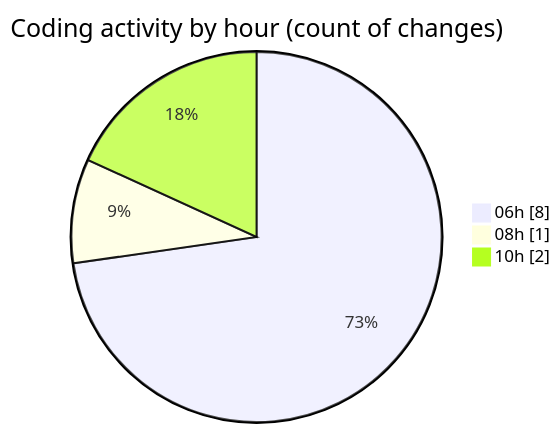
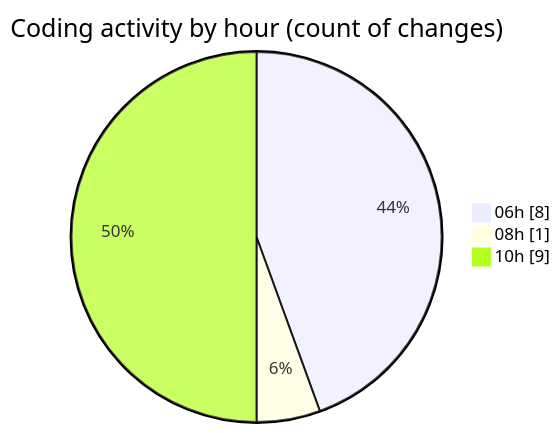
The second of 2 diagrams in 2025-10-25/ai/README.md (IJAZ3593/code-tracking), drawn with Mermaid before and after one commit. The commit also changed other lines of this file and 1 other file, not shown here.

````diff
--- a/2025-10-25/ai/README.md
+++ b/2025-10-25/ai/README.md
@@ -33,7 +38,7 @@
 ```mermaid
 pie showData
 title Coding activity by hour (count of changes)
 "06h" : 8
 "08h" : 1
-"10h" : 2
+"10h" : 9
 ```
````
